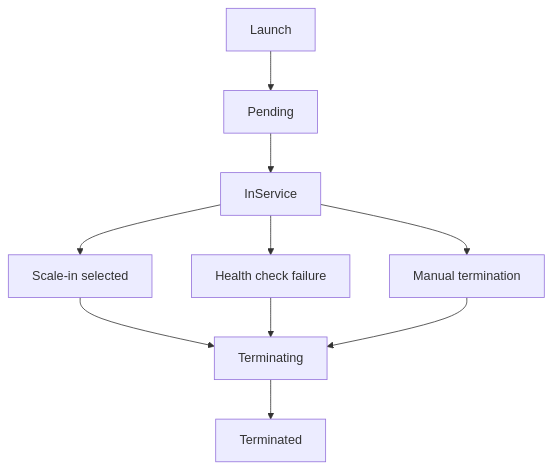
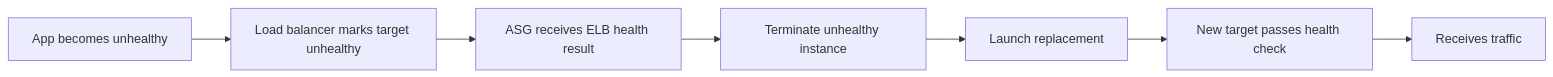
Before and after one commit to AvadhBhalodiya/Interview-Preparation: the eighth of 15 diagrams in src/content/devops/load-balancing-auto-scaling.md, drawn with Mermaid. The commit also changed other lines of this file and 54 other files, not shown here.

````diff
--- a/src/content/devops/load-balancing-auto-scaling.md
+++ b/src/content/devops/load-balancing-auto-scaling.md
@@ -592,12 +616,9 @@
 ```mermaid
-flowchart TD
-    L[Launch] --> P[Pending]
-    P --> IS[InService]
-    IS --> SI[Scale-in selected]
-    IS --> HF[Health check failure]
-    IS --> MT[Manual termination]
-    SI --> T[Terminating]
-    HF --> T
-    MT --> T
-    T --> TE[Terminated]
+flowchart LR
+    F[App becomes unhealthy] --> LB[Load balancer marks target unhealthy]
+    LB --> ASG[ASG receives ELB health result]
+    ASG --> T[Terminate unhealthy instance]
+    T --> N[Launch replacement]
+    N --> H[New target passes health check]
+    H --> TRAFFIC[Receives traffic]
 ```
````
